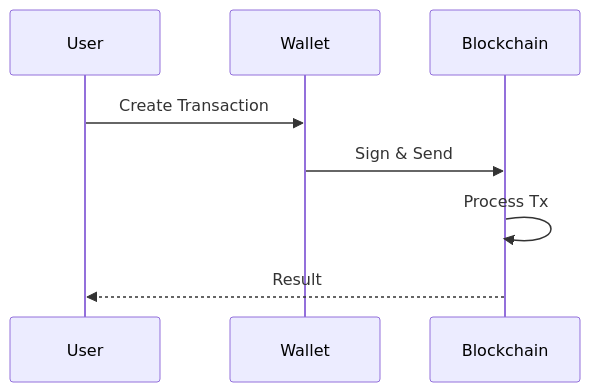
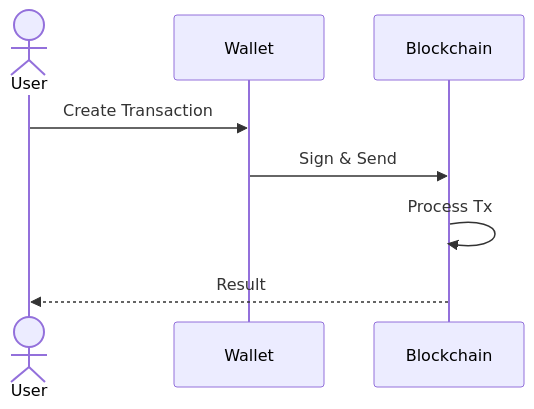
One commit to samouraiworld/peerdev changed the diagram in gno-tutorials/short-video/how2transaction/slides.md. Above: the diagram before and after it, drawn with Mermaid. The commit also changed other lines of this file and 1 other file, not shown here.

````diff
--- a/gno-tutorials/short-video/how2transaction/slides.md
+++ b/gno-tutorials/short-video/how2transaction/slides.md
@@ -40,11 +33,11 @@
-```mermaid
+```mermaid {scale: 0.7}
 sequenceDiagram
-    participant User
+    actor User
     participant Wallet
     participant Blockchain
     
     User->>Wallet: Create Transaction
     Wallet->>Blockchain: Sign & Send
     Blockchain->>Blockchain: Process Tx
     Blockchain-->>User: Result
 ```
````
